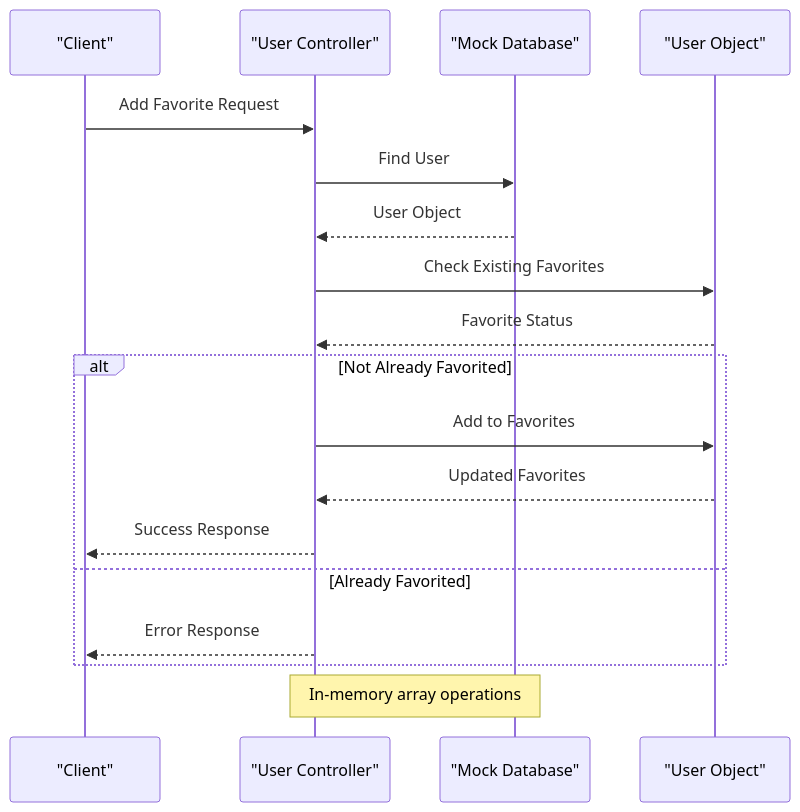
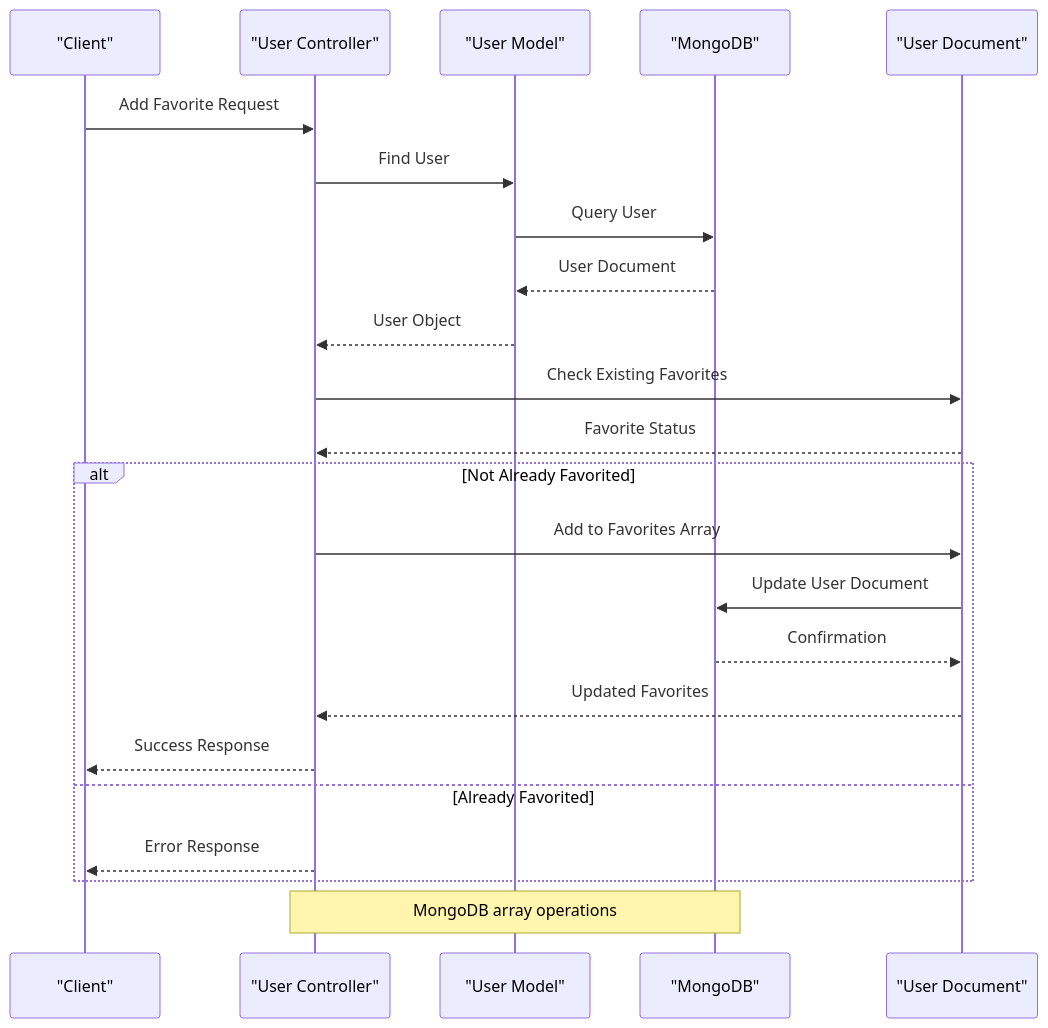
Before and after one commit to ganesh-NB/readsphere: the fifth of 8 diagrams in .qoder/repowiki/en/content/Data Models and Database Schema/Mock Database Implementation.md, drawn with Mermaid. The commit also changed other lines of this file and 46 other files, not shown here.

````diff
--- a/.qoder/repowiki/en/content/Data Models and Database Schema/Mock Database Implementation.md
+++ b/.qoder/repowiki/en/content/Data Models and Database Schema/Mock Database Implementation.md
@@ -244,20 +280,25 @@
 ```mermaid
 sequenceDiagram
 participant Client as "Client"
 participant UserController as "User Controller"
-participant MockDB as "Mock Database"
-participant User as "User Object"
+participant UserModel as "User Model"
+participant Database as "MongoDB"
+participant User as "User Document"
 Client->>UserController : Add Favorite Request
-UserController->>MockDB : Find User
-MockDB-->>UserController : User Object
+UserController->>UserModel : Find User
+UserModel->>Database : Query User
+Database-->>UserModel : User Document
+UserModel-->>UserController : User Object
 UserController->>User : Check Existing Favorites
 User-->>UserController : Favorite Status
 alt Not Already Favorited
-UserController->>User : Add to Favorites
+UserController->>User : Add to Favorites Array
+User->>Database : Update User Document
+Database-->>User : Confirmation
 User-->>UserController : Updated Favorites
 UserController-->>Client : Success Response
 else Already Favorited
 UserController-->>Client : Error Response
 end
-Note over UserController,MockDB : In-memory array operations
+Note over UserController,Database : MongoDB array operations
 ```
````
